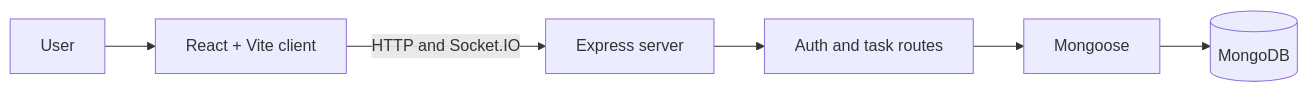
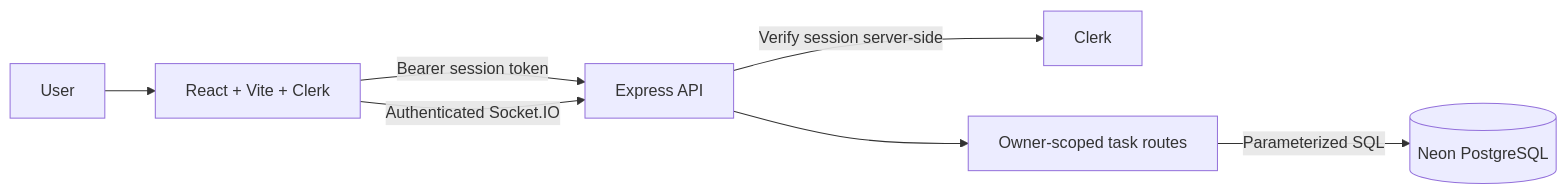
One commit to kalyan870/task-manager-app changed the diagram in README.md. Above: the diagram before and after it, drawn with Mermaid. The commit also changed other lines of this file and 23 other files, not shown here.

First line of the commit message:
Add Clerk auth and Neon task storage (#2)

````diff
--- a/README.md
+++ b/README.md
@@ -13,8 +13,9 @@
 ```mermaid
 flowchart LR
-  U[User] --> C[React + Vite client]
-  C -->|HTTP and Socket.IO| A[Express server]
-  A --> R[Auth and task routes]
-  R --> M[Mongoose]
-  M --> D[(MongoDB)]
+  U[User] --> C[React + Vite + Clerk]
+  C -->|Bearer session token| A[Express API]
+  A -->|Verify session server-side| K[Clerk]
+  A --> R[Owner-scoped task routes]
+  R -->|Parameterized SQL| N[(Neon PostgreSQL)]
+  C -->|Authenticated Socket.IO| A
 ```
````
